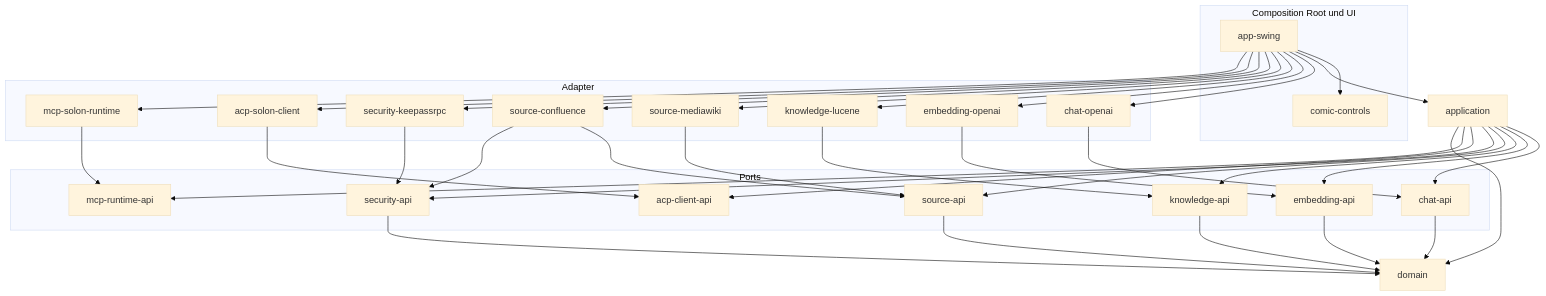
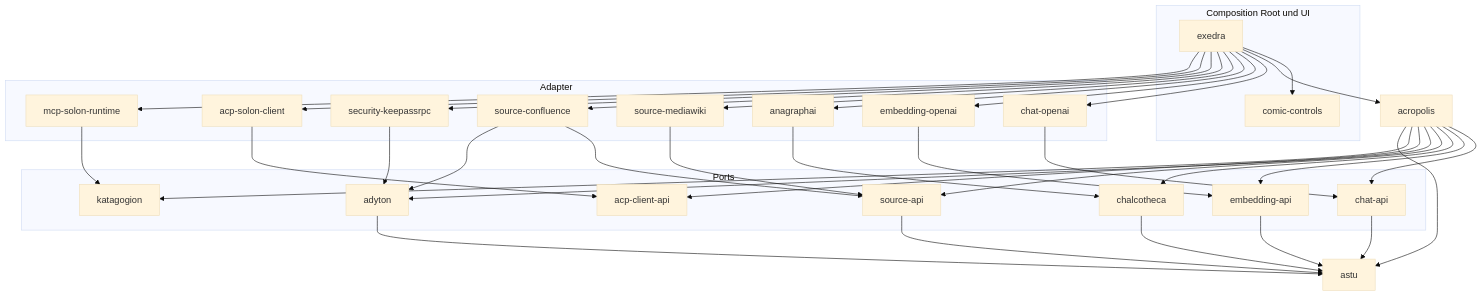
The first of 2 diagrams in docs/architektur.md (aresstack/enterprise-ai-client), drawn with Mermaid (base theme) before and after one commit. The commit also changed other lines of this file and 2204 other files, not shown here.

````diff
--- a/docs/architektur.md
+++ b/docs/architektur.md
@@ -27,44 +27,44 @@
 ```mermaid
 flowchart TB
     subgraph root["Composition Root und UI"]
-        app["app-swing"]
+        app["exedra"]
         comic["comic-controls"]
     end
     subgraph adapters["Adapter"]
         chatO["chat-openai"]
         embO["embedding-openai"]
-        lucene["knowledge-lucene"]
+        lucene["anagraphai"]
         wiki["source-mediawiki"]
         conf["source-confluence"]
         keepass["security-keepassrpc"]
         acpS["acp-solon-client"]
         mcpS["mcp-solon-runtime"]
     end
-    application["application"]
+    acropolis["acropolis"]
     subgraph ports["Ports"]
         chatA["chat-api"]
         embA["embedding-api"]
-        knowA["knowledge-api"]
+        knowA["chalcotheca"]
         srcA["source-api"]
-        secA["security-api"]
+        secA["adyton"]
         acpA["acp-client-api"]
-        mcpA["mcp-runtime-api"]
+        mcpA["katagogion"]
     end
-    domain["domain"]
+    astu["astu"]
 
     app --> comic
-    app --> application
+    app --> acropolis
     app --> chatO & embO & lucene & wiki & conf & keepass & acpS & mcpS
-    application --> chatA & embA & knowA & srcA & secA & acpA & mcpA
-    application --> domain
+    acropolis --> chatA & embA & knowA & srcA & secA & acpA & mcpA
+    acropolis --> astu
     chatO --> chatA
     embO --> embA
     lucene --> knowA
     wiki --> srcA
     conf --> srcA
     conf --> secA
     keepass --> secA
     acpS --> acpA
     mcpS --> mcpA
-    chatA & embA & knowA & srcA & secA --> domain
+    chatA & embA & knowA & srcA & secA --> astu
 ```
````
